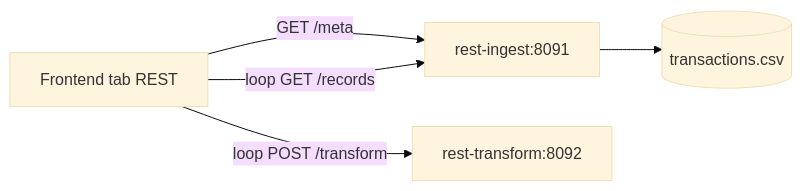
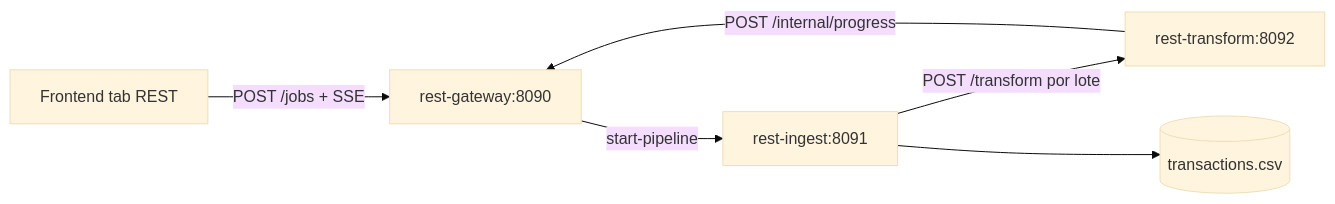
One commit to cccg8105/cccg_grpc_demo changed diagram 15 of 16 in docs/GUIA_DIDACTICA.md. Above: the diagram before and after it, drawn with Mermaid (base theme). The commit also changed other lines of this file and 46 other files, not shown here.

````diff
--- a/docs/GUIA_DIDACTICA.md
+++ b/docs/GUIA_DIDACTICA.md
@@ -553,12 +545,14 @@
 ```mermaid
 flowchart LR
   UI[Frontend tab REST]
+  RGW[rest-gateway:8090]
   RING[rest-ingest:8091]
   RTRF[rest-transform:8092]
   CSV[(transactions.csv)]
 
-  UI -->|"GET /meta"| RING
-  UI -->|"loop GET /records"| RING
-  UI -->|"loop POST /transform"| RTRF
+  UI -->|"POST /jobs + SSE"| RGW
+  RGW -->|"start-pipeline"| RING
+  RING -->|"POST /transform por lote"| RTRF
+  RTRF -->|"POST /internal/progress"| RGW
   RING --> CSV
 ```
````
